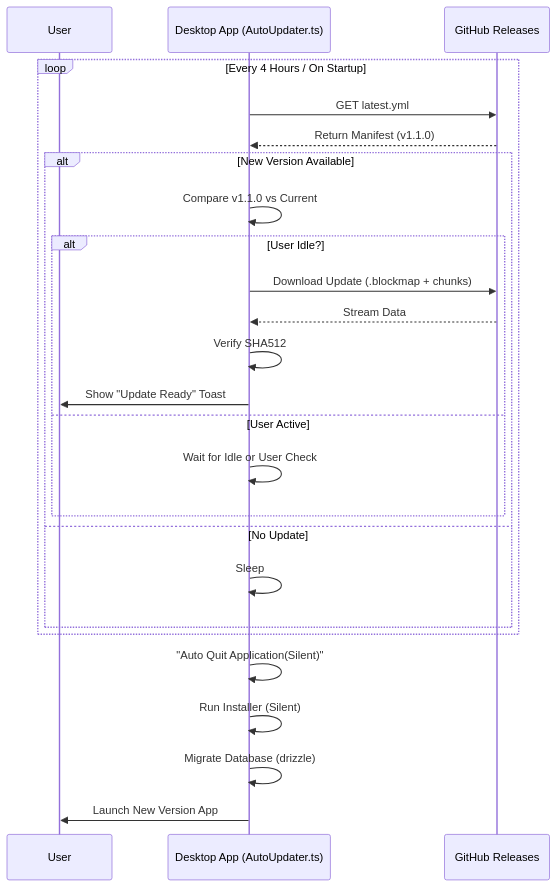
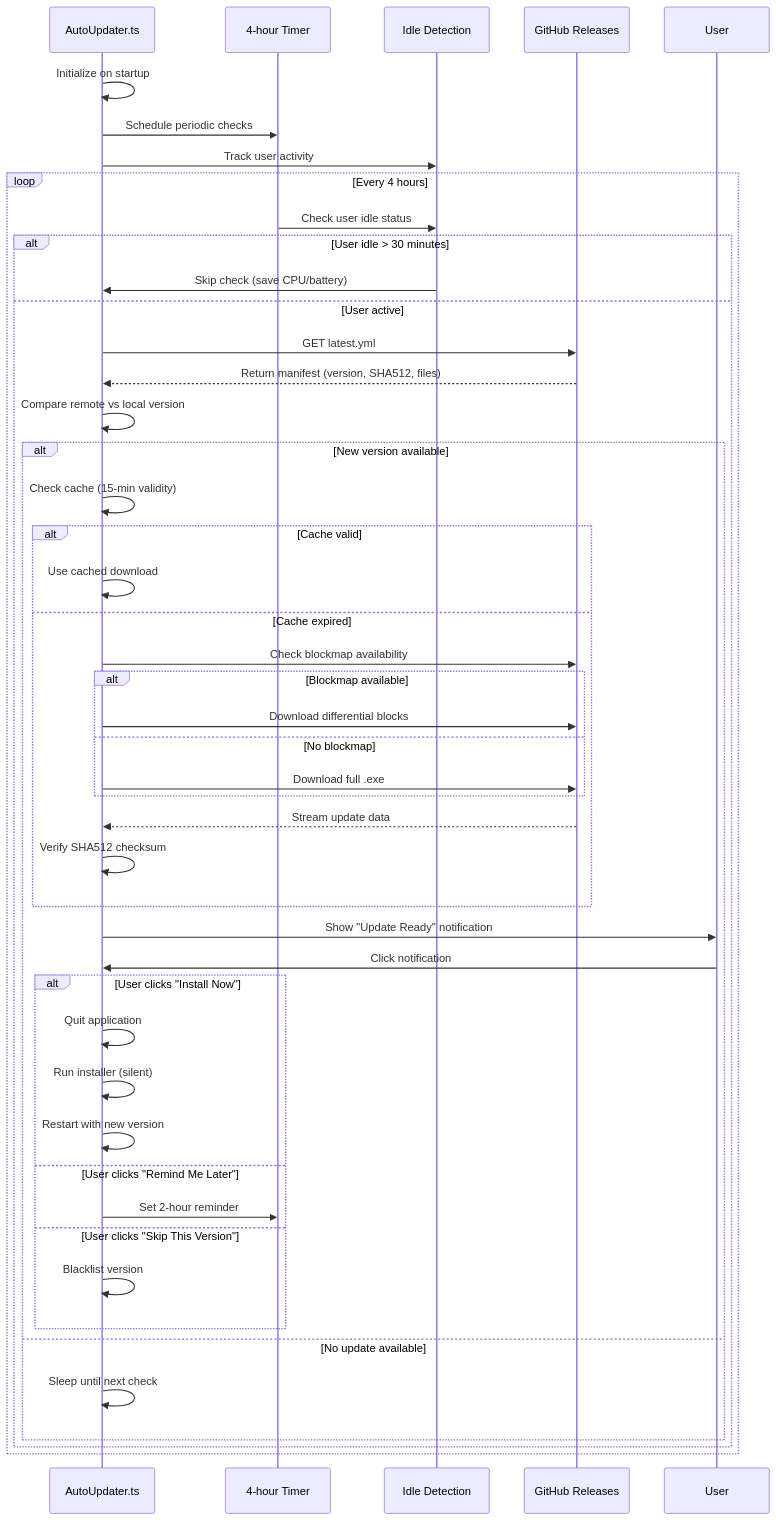
The third of 3 diagrams in docs/Guides/AutoUpdate/RELEASE_AND_UPDATE_WORKFLOW.md (AurSwift/AurSwift), drawn with Mermaid before and after one commit. The commit also changed other lines of this file and 24 other files, not shown here.

````diff
--- a/docs/Guides/AutoUpdate/RELEASE_AND_UPDATE_WORKFLOW.md
+++ b/docs/Guides/AutoUpdate/RELEASE_AND_UPDATE_WORKFLOW.md
@@ -124,31 +344,58 @@
 ```mermaid
 sequenceDiagram
-    participant User
-    participant App as Desktop App (AutoUpdater.ts)
+    participant App as AutoUpdater.ts
+    participant Timer as 4-hour Timer
+    participant Idle as Idle Detection
     participant GH as GitHub Releases
-
-    loop Every 4 Hours / On Startup
-        App->>GH: GET latest.yml
-        GH-->>App: Return Manifest (v1.1.0)
-        
-        alt New Version Available
-            App->>App: Compare v1.1.0 vs Current
+    participant User as User
+    
+    App->>App: Initialize on startup
+    App->>Timer: Schedule periodic checks
+    App->>Idle: Track user activity
+    
+    loop Every 4 hours
+        Timer->>Idle: Check user idle status
+        alt User idle > 30 minutes
+            Idle->>App: Skip check (save CPU/battery)
+        else User active
+            App->>GH: GET latest.yml
+            GH-->>App: Return manifest (version, SHA512, files)
             
-            alt User Idle?
-                App->>GH: Download Update (.blockmap + chunks)
-                GH-->>App: Stream Data
-                App->>App: Verify SHA512
-                App->>User: Show "Update Ready" Toast
-            else User Active
-                App->>App: Wait for Idle or User Check
+            App->>App: Compare remote vs local version
+            
+            alt New version available
+                App->>App: Check cache (15-min validity)
+                
+                alt Cache valid
+                    App->>App: Use cached download
+                else Cache expired
+                    App->>GH: Check blockmap availability
+                    
+                    alt Blockmap available
+                        App->>GH: Download differential blocks
+                    else No blockmap
+                        App->>GH: Download full .exe
+                    end
+                    
+                    GH-->>App: Stream update data
+                    App->>App: Verify SHA512 checksum
+                end
+                
+                App->>User: Show "Update Ready" notification
+                
+                User->>App: Click notification
+                alt User clicks "Install Now"
+                    App->>App: Quit application
+                    App->>App: Run installer (silent)
+                    App->>App: Restart with new version
+                else User clicks "Remind Me Later"
+                    App->>Timer: Set 2-hour reminder
+                else User clicks "Skip This Version"
+                    App->>App: Blacklist version
+                end
+            else No update available
+                App->>App: Sleep until next check
             end
-        else No Update
-            App->>App: Sleep
         end
     end
-
-    App->>App: "Auto Quit Application(Silent)"
-    App->>App: Run Installer (Silent)
-    App->>App: Migrate Database (drizzle)
-    App->>User: Launch New Version App
 ```
````
